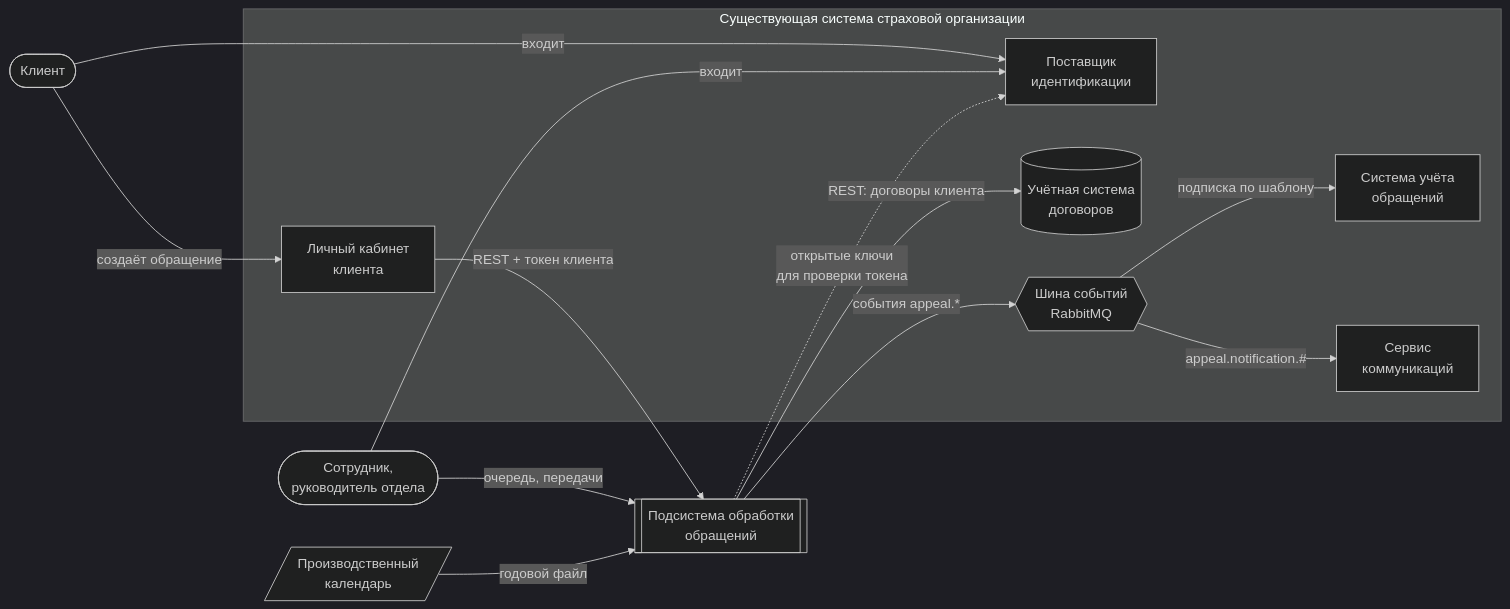
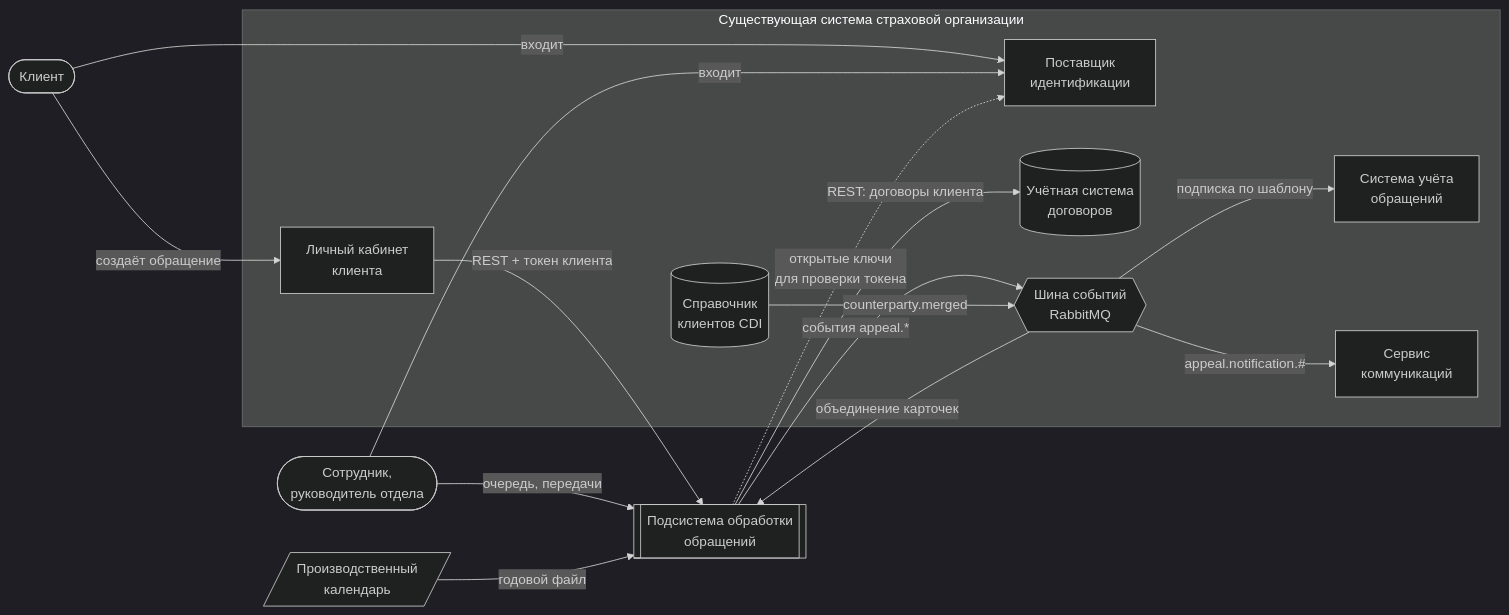
Before and after one commit to Rondarka/insurance-appeals-prototype: the diagram in docs/integration-contract.md, drawn with Mermaid (dark theme). The commit also changed other lines of this file and 10 other files, not shown here.

First line of the commit message:
feat: объединение дублей клиента: событие CDI переносит обращения на основную карточку

````diff
--- a/docs/integration-contract.md
+++ b/docs/integration-contract.md
@@ -12,30 +12,33 @@
 ```mermaid
 flowchart LR
     client([Клиент])
     employee([Сотрудник,<br/>руководитель отдела])
 
     subgraph insurer [Существующая система страховой организации]
         idp[Поставщик<br/>идентификации]
         lk[Личный кабинет<br/>клиента]
         acc[(Учётная система<br/>договоров)]
         crm[Система учёта<br/>обращений]
         notify[Сервис<br/>коммуникаций]
+        cdi[(Справочник<br/>клиентов CDI)]
         bus{{Шина событий<br/>RabbitMQ}}
     end
 
     sub[[Подсистема обработки<br/>обращений]]
     cal[/Производственный<br/>календарь/]
 
     client -->|входит| idp
     client -->|создаёт обращение| lk
     employee -->|входит| idp
     employee -->|очередь, передачи| sub
 
     lk -->|REST + токен клиента| sub
     sub -.->|открытые ключи<br/>для проверки токена| idp
     sub -->|REST: договоры клиента| acc
     sub -->|события appeal.*| bus
     bus -->|подписка по шаблону| crm
     bus -->|appeal.notification.#| notify
+    cdi -->|counterparty.merged| bus
+    bus -->|объединение карточек| sub
     cal -->|годовой файл| sub
 ```
````
